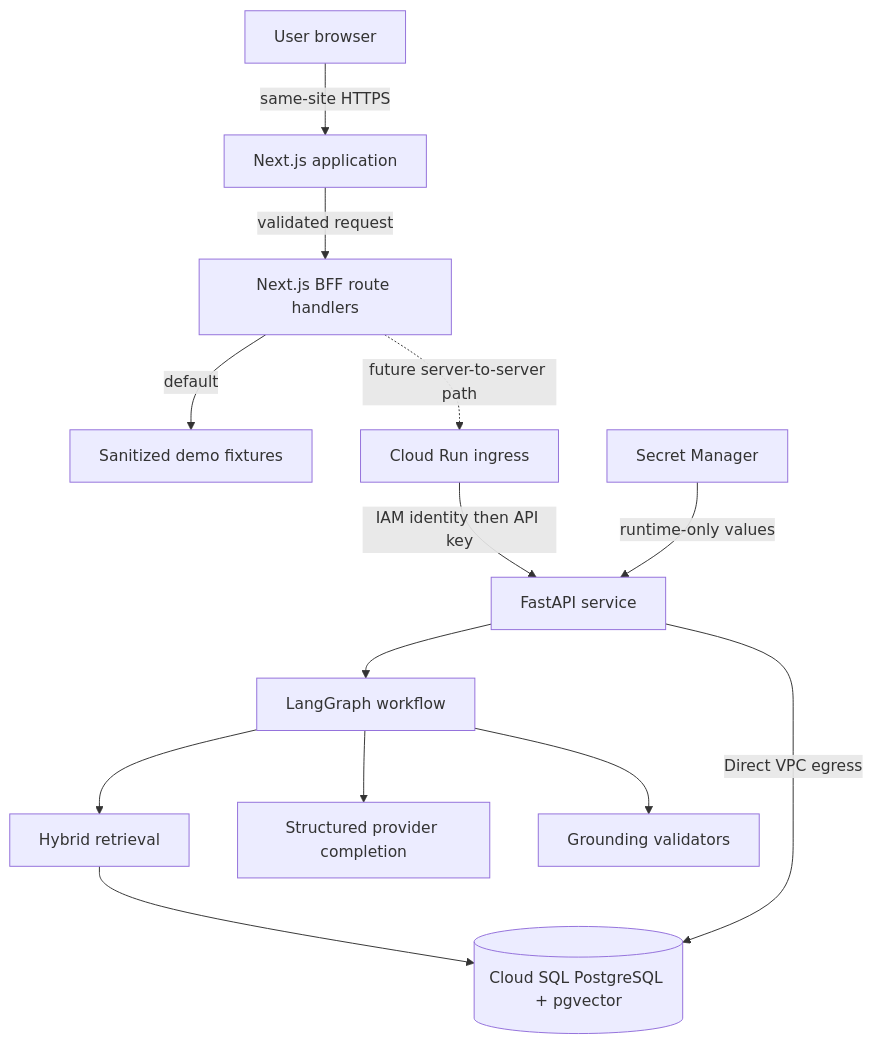
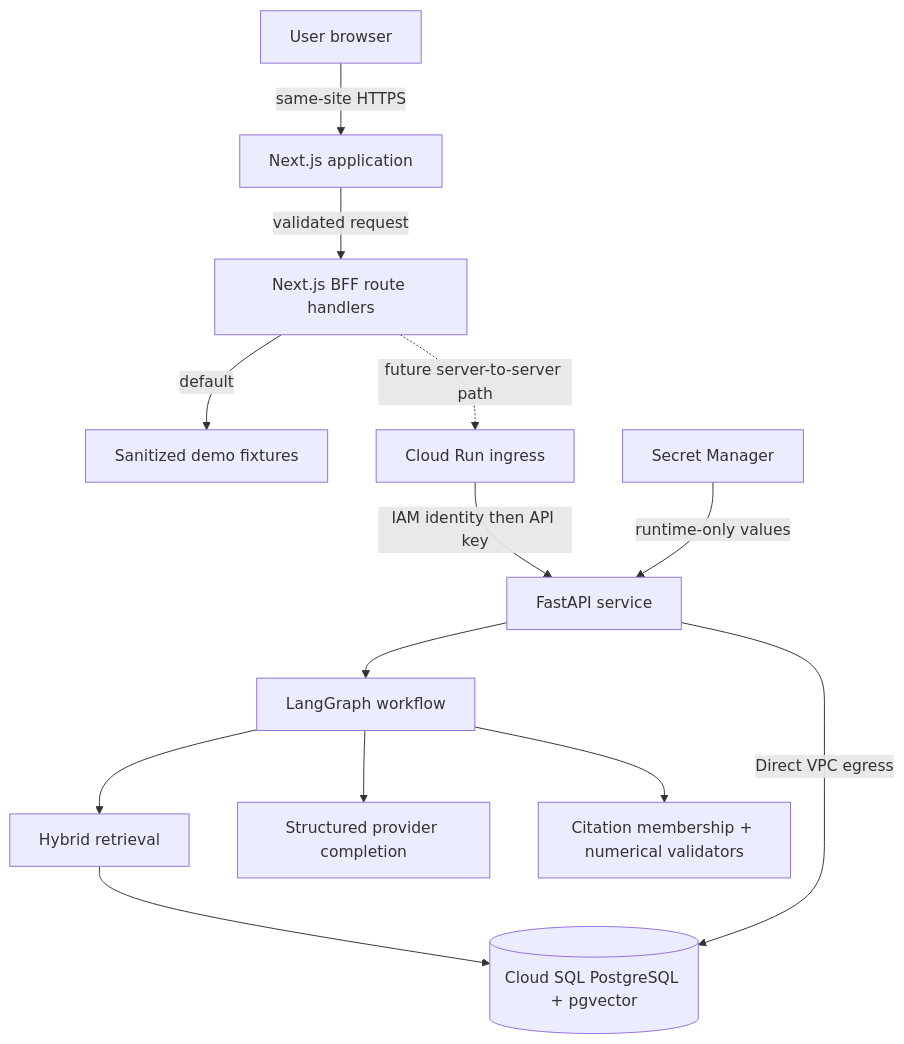
The first of 2 diagrams in docs/architecture.md (Rajdeep1212/setu-intelligence-workspace), drawn with Mermaid before and after one commit. The commit also changed other lines of this file and 31 other files, not shown here.

````diff
--- a/docs/architecture.md
+++ b/docs/architecture.md
@@ -10,15 +10,15 @@
 ```mermaid
 flowchart TB
     U[User browser] -->|same-site HTTPS| W[Next.js application]
     W -->|validated request| B[Next.js BFF route handlers]
     B -->|default| F[Sanitized demo fixtures]
     B -. future server-to-server path .-> C[Cloud Run ingress]
     C -->|IAM identity then API key| API[FastAPI service]
     API --> AG[LangGraph workflow]
     AG --> RET[Hybrid retrieval]
     RET --> DB[(Cloud SQL PostgreSQL + pgvector)]
     AG --> LLM[Structured provider completion]
-    AG --> VAL[Grounding validators]
+    AG --> VAL[Citation membership + numerical validators]
     SM[Secret Manager] -->|runtime-only values| API
     API -->|Direct VPC egress| DB
 ```
````
